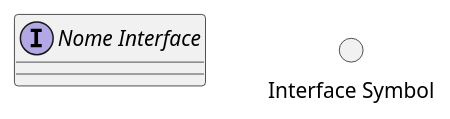
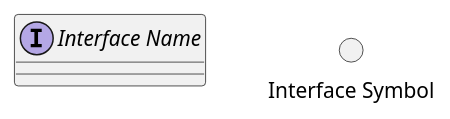
The third of 27 diagrams in 04-structural-diagrams/component-diagrams/README.md (Seniorsimo/sas-template), drawn with PlantUML before and after one commit. The commit also changed other lines of this file and 49 other files, not shown here.

````diff
--- a/04-structural-diagrams/component-diagrams/README.md
+++ b/04-structural-diagrams/component-diagrams/README.md
@@ -34,4 +34,4 @@
 ```plantuml
-interface "Nome Interface" as IInterface
+interface "Interface Name" as IInterface
 () "Interface Symbol" as ISymbol
 ```
````
